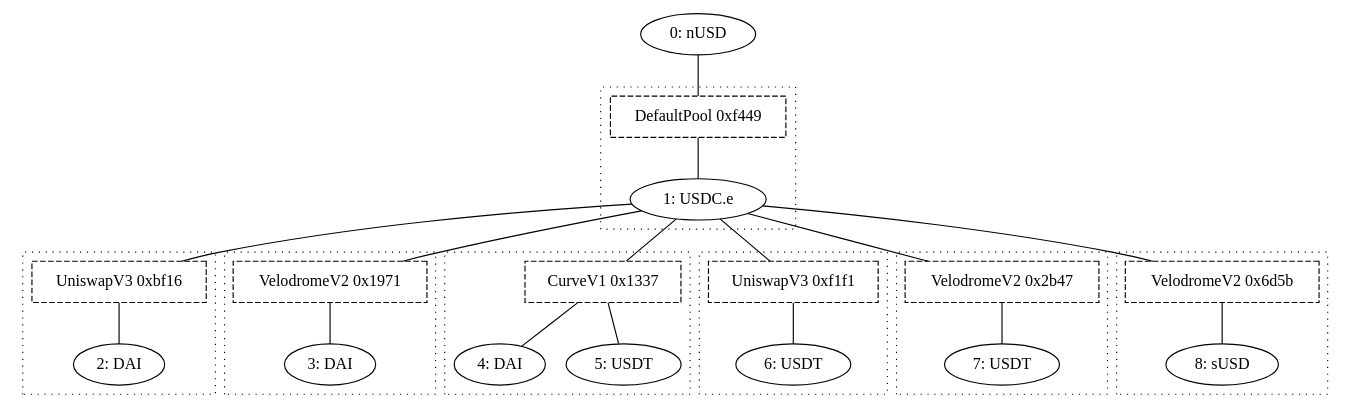
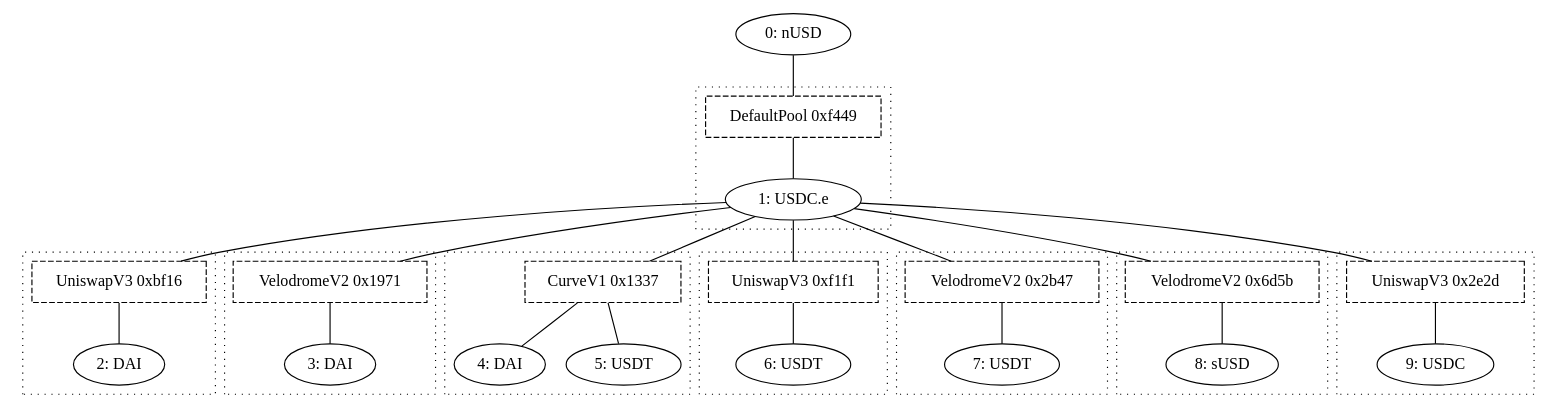
Before and after one commit to synapsecns/synapse-contracts: the diagram in script/configs/optimism/LinkedPool.nUSD.dot, drawn with Graphviz. The commit also changed 2 other files, not shown here.

Commit message:
Add native USDC to nUSD's LinkedPool

```diff
--- a/script/configs/optimism/LinkedPool.nUSD.dot
+++ b/script/configs/optimism/LinkedPool.nUSD.dot
@@ -1,89 +1,101 @@
 graph G {
     token0 [label = "0: nUSD";];
     token1 [label = "1: USDC.e";];
     token2 [label = "2: DAI";];
     token3 [label = "3: DAI";];
     token4 [label = "4: DAI";];
     token5 [label = "5: USDT";];
     token6 [label = "6: USDT";];
     token7 [label = "7: USDT";];
     token8 [label = "8: sUSD";];
+    token9 [label = "9: USDC";];
     pool0 [label = "DefaultPool 0xf449";shape = rect;style = dashed;];
     token0 -- pool0;
     subgraph cluster0 {
         style = dotted;
         pool0 -- token1;
         subgraph {
             rank = same;
             edge [style = invis;];
             token1;
         }
     }
     pool1 [label = "UniswapV3 0xbf16";shape = rect;style = dashed;];
     token1 -- pool1;
     subgraph cluster1 {
         style = dotted;
         pool1 -- token2;
         subgraph {
             rank = same;
             edge [style = invis;];
             token2;
         }
     }
     pool2 [label = "VelodromeV2 0x1971";shape = rect;style = dashed;];
     token1 -- pool2;
     subgraph cluster2 {
         style = dotted;
         pool2 -- token3;
         subgraph {
             rank = same;
             edge [style = invis;];
             token3;
         }
     }
     pool3 [label = "CurveV1 0x1337";shape = rect;style = dashed;];
     token1 -- pool3;
     subgraph cluster3 {
         style = dotted;
         pool3 -- token4;
         pool3 -- token5;
         subgraph {
             rank = same;
             edge [style = invis;];
             token4 -- token5;
         }
     }
     pool4 [label = "UniswapV3 0xf1f1";shape = rect;style = dashed;];
     token1 -- pool4;
     subgraph cluster4 {
         style = dotted;
         pool4 -- token6;
         subgraph {
             rank = same;
             edge [style = invis;];
             token6;
         }
     }
     pool5 [label = "VelodromeV2 0x2b47";shape = rect;style = dashed;];
     token1 -- pool5;
     subgraph cluster5 {
         style = dotted;
         pool5 -- token7;
         subgraph {
             rank = same;
             edge [style = invis;];
             token7;
         }
     }
     pool6 [label = "VelodromeV2 0x6d5b";shape = rect;style = dashed;];
     token1 -- pool6;
     subgraph cluster6 {
         style = dotted;
         pool6 -- token8;
         subgraph {
             rank = same;
             edge [style = invis;];
             token8;
         }
     }
+    pool7 [label = "UniswapV3 0x2e2d";shape = rect;style = dashed;];
+    token1 -- pool7;
+    subgraph cluster7 {
+        style = dotted;
+        pool7 -- token9;
+        subgraph {
+            rank = same;
+            edge [style = invis;];
+            token9;
+        }
+    }
 }
```
